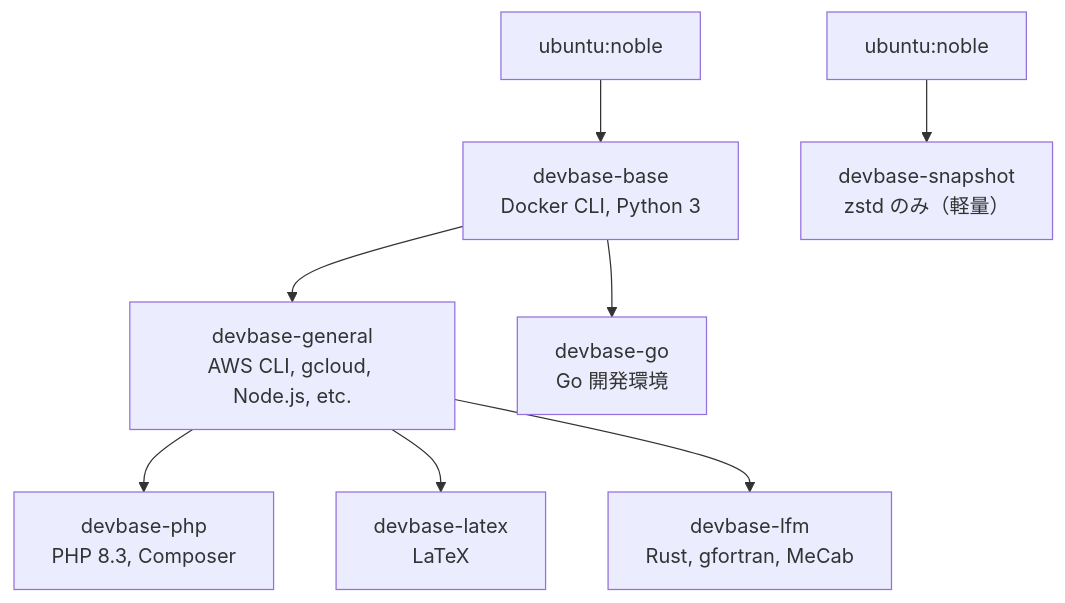
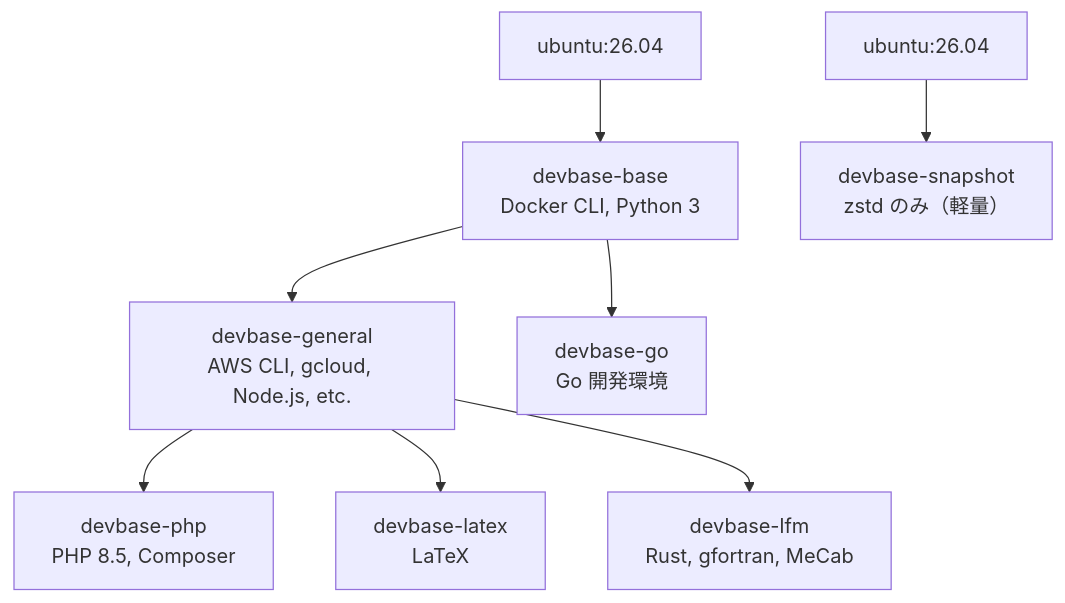
The second of 2 diagrams in docs/developer/extending.md (devbasex/devbase), drawn with Mermaid before and after one commit. The commit also changed other lines of this file and 11 other files, not shown here.

````diff
--- a/docs/developer/extending.md
+++ b/docs/developer/extending.md
@@ -242,11 +242,11 @@
 ```mermaid
 flowchart TB
-    Ubuntu["ubuntu:noble"] --> Base["devbase-base<br/>Docker CLI, Python 3"]
+    Ubuntu["ubuntu:26.04"] --> Base["devbase-base<br/>Docker CLI, Python 3"]
     Base --> General["devbase-general<br/>AWS CLI, gcloud, Node.js, etc."]
     Base --> Go["devbase-go<br/>Go 開発環境"]
-    General --> PHP["devbase-php<br/>PHP 8.3, Composer"]
+    General --> PHP["devbase-php<br/>PHP 8.5, Composer"]
     General --> LaTeX["devbase-latex<br/>LaTeX"]
     General --> LFM["devbase-lfm<br/>Rust, gfortran, MeCab"]
 
-    Ubuntu2["ubuntu:noble"] --> Snapshot["devbase-snapshot<br/>zstd のみ（軽量）"]
+    Ubuntu2["ubuntu:26.04"] --> Snapshot["devbase-snapshot<br/>zstd のみ（軽量）"]
 ```
````
